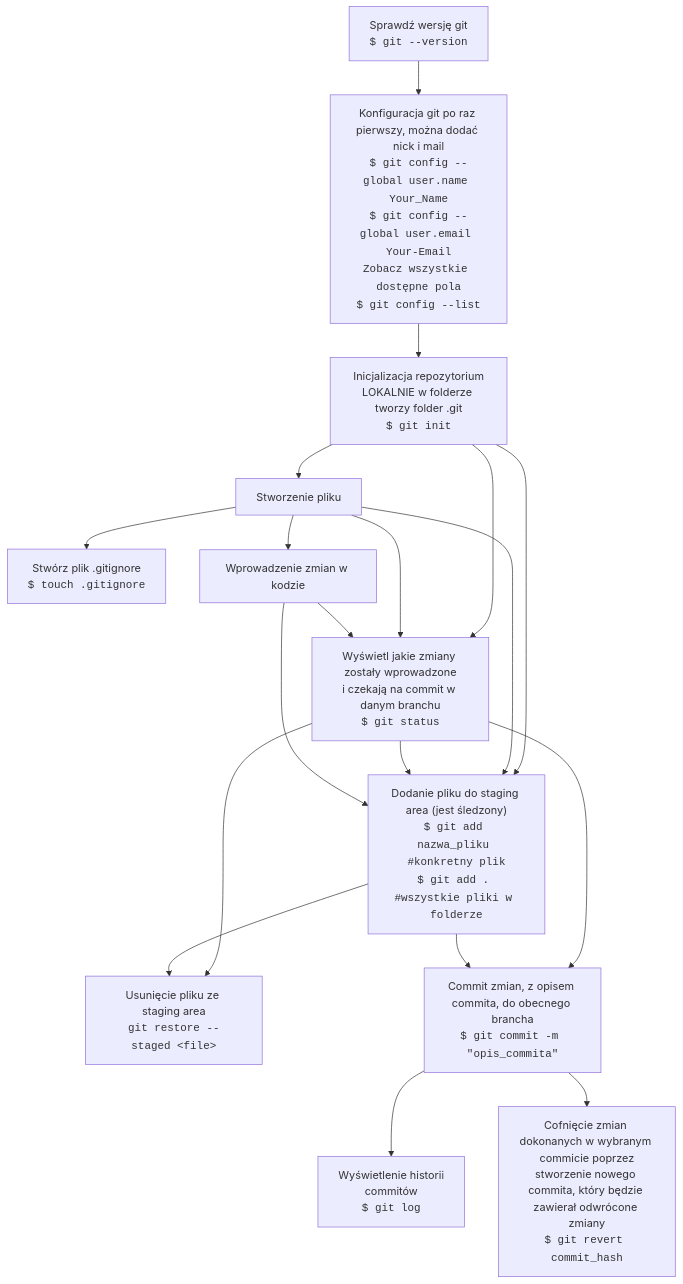
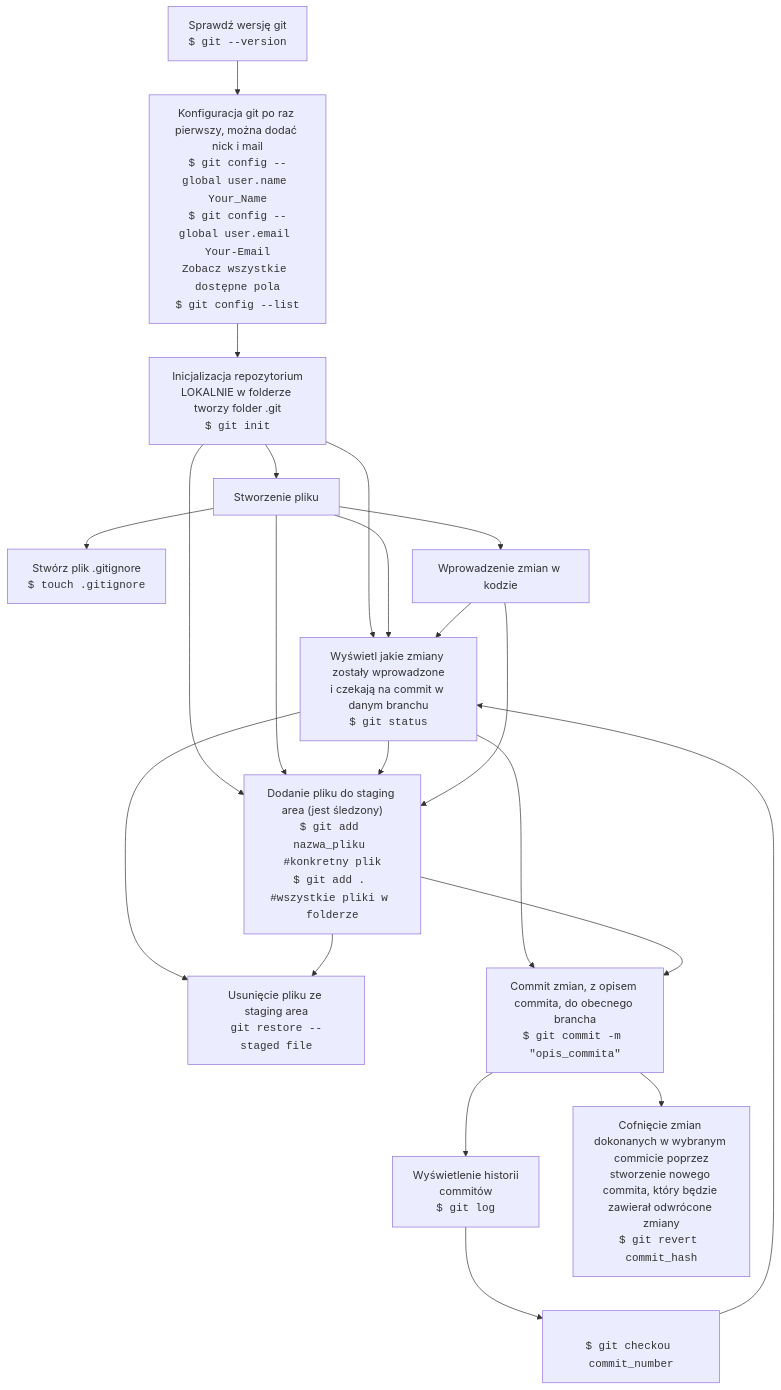
Before and after one commit to dankuc237/notatki: the first of 3 diagrams in git-graph.md, drawn with Mermaid.

Commit message:
dodano dodatkowe polecenia w grafie

````diff
--- a/git-graph.md
+++ b/git-graph.md
@@ -3,35 +3,38 @@
 ```mermaid
 graph TB
         SPRAWDZ_ZMIANY_W_REPO["Wyświetl jakie zmiany zostały wprowadzone<br>i czekają na commit w danym branchu<br><code>$ git status</code>"]    
         SPRAWDZ_WERSJE_GIT["Sprawdź wersję git<br><code>$ git --version</code>"]
         PIERWSZA_KONFIGURACJA_GIT["Konfiguracja git po raz pierwszy, można dodać nick i mail<br><code>$ git config --global user.name Your_Name<br>$ git config --global user.email Your-Email<br>Zobacz wszystkie dostępne pola<br>$ git config --list</code>"]
         INICJALIZACJA_LOKALNEGO_REPO["Inicjalizacja repozytorium<br>LOKALNIE w folderze tworzy folder .git<br><code>$ git init</code>"]
         STWÓRZ_JAKIS_PLIK["Stworzenie pliku"]
         STWÓRZ_PLIK_.GITIGNORE["Stwórz plik .gitignore<br><code>$ touch .gitignore</code>"]
         DODAJ_PLIK_DO_STAGING_AREA["Dodanie pliku do staging area (jest śledzony)<br><code>$ git add nazwa_pliku #konkretny plik<br>$ git add . #wszystkie pliki w folderze</code>"]
         ZMIANA_KODU["Wprowadzenie zmian w kodzie"]
-        UNSTAGE_PLIKU["Usunięcie pliku ze staging area<br><code>git restore --staged &lt;file&gt;</code>"]
+        UNSTAGE_PLIKU["Usunięcie pliku ze staging area<br><code>git restore --staged file</code>"]
         COMMIT_ZMIAN_DO_LOKALNEGO_REPO["Commit zmian, z opisem commita, do obecnego brancha<br><code>$ git commit -m #quot;opis_commita#quot;</code>"]
         POKAZ_COMMIT_HISTORY["Wyświetlenie historii<br/>commitów<br><code>$ git log</code>"]
         COFNIJ_COMMIT["Cofnięcie zmian dokonanych w wybranym commicie poprzez<br>stworzenie nowego commita, który będzie zawierał odwrócone zmiany<br><code>$ git revert commit_hash</code>"]
+        WROC_DO_POPSZEDNIEGO_STANU["<br><code>$ git checkou commit_number<code>"]
 
         SPRAWDZ_WERSJE_GIT --> PIERWSZA_KONFIGURACJA_GIT
         PIERWSZA_KONFIGURACJA_GIT --> INICJALIZACJA_LOKALNEGO_REPO
         INICJALIZACJA_LOKALNEGO_REPO --> SPRAWDZ_ZMIANY_W_REPO
         INICJALIZACJA_LOKALNEGO_REPO --> STWÓRZ_JAKIS_PLIK
         INICJALIZACJA_LOKALNEGO_REPO --> DODAJ_PLIK_DO_STAGING_AREA
-        STWÓRZ_JAKIS_PLIK --> STWÓRZ_PLIK_.GITIGNORE
         STWÓRZ_JAKIS_PLIK --> ZMIANA_KODU
         STWÓRZ_JAKIS_PLIK --> DODAJ_PLIK_DO_STAGING_AREA
+        STWÓRZ_JAKIS_PLIK --> STWÓRZ_PLIK_.GITIGNORE
+        SPRAWDZ_ZMIANY_W_REPO --> UNSTAGE_PLIKU
+        SPRAWDZ_ZMIANY_W_REPO --> COMMIT_ZMIAN_DO_LOKALNEGO_REPO
         SPRAWDZ_ZMIANY_W_REPO --> DODAJ_PLIK_DO_STAGING_AREA
-        SPRAWDZ_ZMIANY_W_REPO --> COMMIT_ZMIAN_DO_LOKALNEGO_REPO
-        SPRAWDZ_ZMIANY_W_REPO --> UNSTAGE_PLIKU
         ZMIANA_KODU --> DODAJ_PLIK_DO_STAGING_AREA
         DODAJ_PLIK_DO_STAGING_AREA --> COMMIT_ZMIAN_DO_LOKALNEGO_REPO 
         DODAJ_PLIK_DO_STAGING_AREA --> UNSTAGE_PLIKU
         COMMIT_ZMIAN_DO_LOKALNEGO_REPO --> POKAZ_COMMIT_HISTORY
+        POKAZ_COMMIT_HISTORY --> WROC_DO_POPSZEDNIEGO_STANU
         COMMIT_ZMIAN_DO_LOKALNEGO_REPO --> COFNIJ_COMMIT
         STWÓRZ_JAKIS_PLIK --> SPRAWDZ_ZMIANY_W_REPO
         ZMIANA_KODU --> SPRAWDZ_ZMIANY_W_REPO
+        WROC_DO_POPSZEDNIEGO_STANU --> SPRAWDZ_ZMIANY_W_REPO
 
 ```
````
